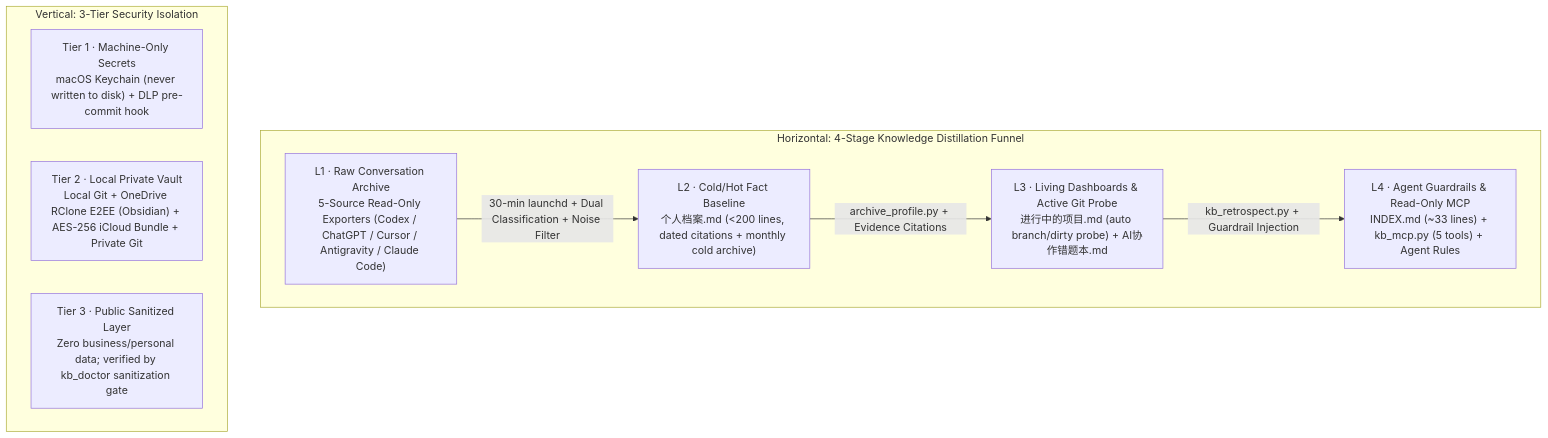
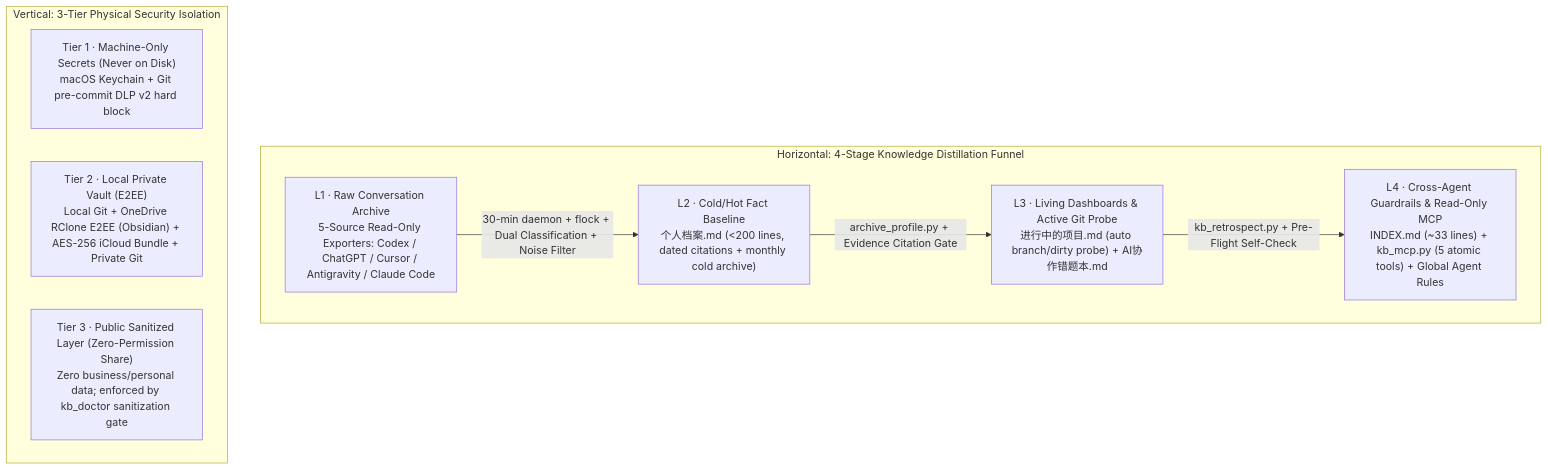
One commit to JaydenWuGang123/agent-memory-kb changed the first of 2 diagrams in README.md. Above: the diagram before and after it, drawn with Mermaid. The commit also changed other lines of this file and 1 other file, not shown here.

Commit message:
docs: write comprehensive README & README.zh-CN with sequence diagram, MCP API ref, kb_config ref, and CLI cheat sheet

````diff
--- a/README.md
+++ b/README.md
@@ -57,18 +70,18 @@
 ```mermaid
 flowchart TD
     subgraph Funnel["Horizontal: 4-Stage Knowledge Distillation Funnel"]
-        F1["L1 · Raw Conversation Archive<br/>5-Source Read-Only Exporters (Codex / ChatGPT / Cursor / Antigravity / Claude Code)"]
-        F2["L2 · Cold/Hot Fact Baseline<br/>个人档案.md (<200 lines, dated citations + monthly cold archive)"]
+        F1["L1 · Raw Conversation Archive<br/>5-Source Read-Only Exporters: Codex / ChatGPT / Cursor / Antigravity / Claude Code"]
+        F2["L2 · Cold/Hot Fact Baseline<br/>个人档案.md (&lt;200 lines, dated citations + monthly cold archive)"]
         F3["L3 · Living Dashboards & Active Git Probe<br/>进行中的项目.md (auto branch/dirty probe) + AI协作错题本.md"]
-        F4["L4 · Agent Guardrails & Read-Only MCP<br/>INDEX.md (~33 lines) + kb_mcp.py (5 tools) + Agent Rules"]
-        F1 -->|"30-min launchd + Dual Classification + Noise Filter"| F2
-        F2 -->|"archive_profile.py + Evidence Citations"| F3
-        F3 -->|"kb_retrospect.py + Guardrail Injection"| F4
+        F4["L4 · Cross-Agent Guardrails & Read-Only MCP<br/>INDEX.md (~33 lines) + kb_mcp.py (5 atomic tools) + Global Agent Rules"]
+        F1 -->|"30-min daemon + flock + Dual Classification + Noise Filter"| F2
+        F2 -->|"archive_profile.py + Evidence Citation Gate"| F3
+        F3 -->|"kb_retrospect.py + Pre-Flight Self-Check"| F4
     end
 
-    subgraph Security["Vertical: 3-Tier Security Isolation"]
-        S1["Tier 1 · Machine-Only Secrets<br/>macOS Keychain (never written to disk) + DLP pre-commit hook"]
-        S2["Tier 2 · Local Private Vault<br/>Local Git + OneDrive RClone E2EE (Obsidian) + AES-256 iCloud Bundle + Private Git"]
-        S3["Tier 3 · Public Sanitized Layer<br/>Zero business/personal data; verified by kb_doctor sanitization gate"]
+    subgraph Security["Vertical: 3-Tier Physical Security Isolation"]
+        S1["Tier 1 · Machine-Only Secrets (Never on Disk)<br/>macOS Keychain + Git pre-commit DLP v2 hard block"]
+        S2["Tier 2 · Local Private Vault (E2EE)<br/>Local Git + OneDrive RClone E2EE (Obsidian) + AES-256 iCloud Bundle + Private Git"]
+        S3["Tier 3 · Public Sanitized Layer (Zero-Permission Share)<br/>Zero business/personal data; enforced by kb_doctor sanitization gate"]
     end
 ```
````
